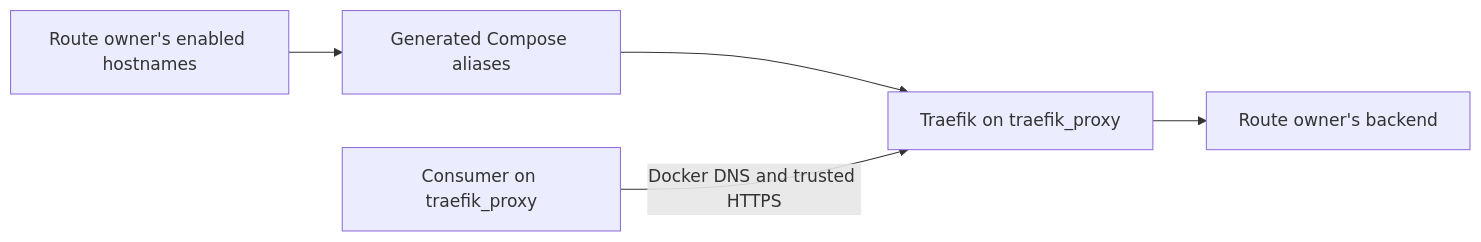
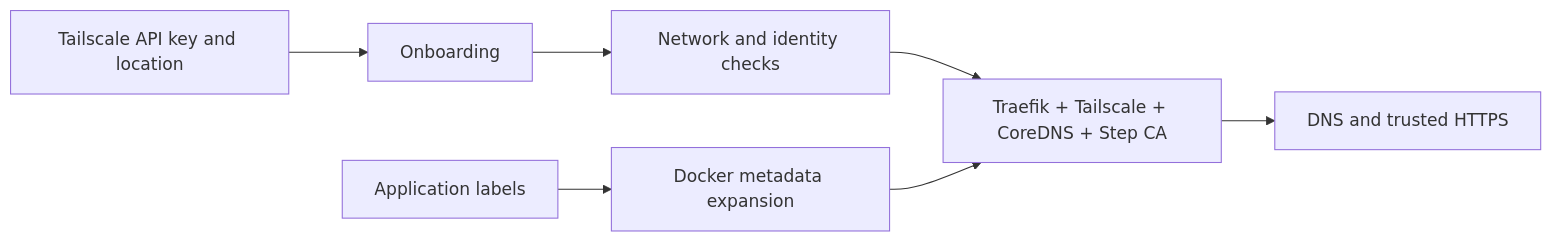
Before and after one commit to teyfix/traefik: the diagram in README.md, drawn with Mermaid. The commit also changed other lines of this file and 10 other files, not shown here.

````diff
--- a/README.md
+++ b/README.md
@@ -313,7 +27,8 @@
 ```mermaid
 flowchart LR
-  R["Route owner's enabled hostnames"] --> O["Generated Compose aliases"]
-  O --> T["Traefik on traefik_proxy"]
-  C["Consumer on traefik_proxy"] -->|"Docker DNS and trusted HTTPS"| T
-  T --> B["Route owner's backend"]
+  K["Tailscale API key and location"] --> O["Onboarding"]
+  O --> N["Network and identity checks"]
+  N --> B["Traefik + Tailscale + CoreDNS + Step CA"]
+  B --> D["DNS and trusted HTTPS"]
+  A["Application labels"] --> E["Docker metadata expansion"] --> B
 ```
````
